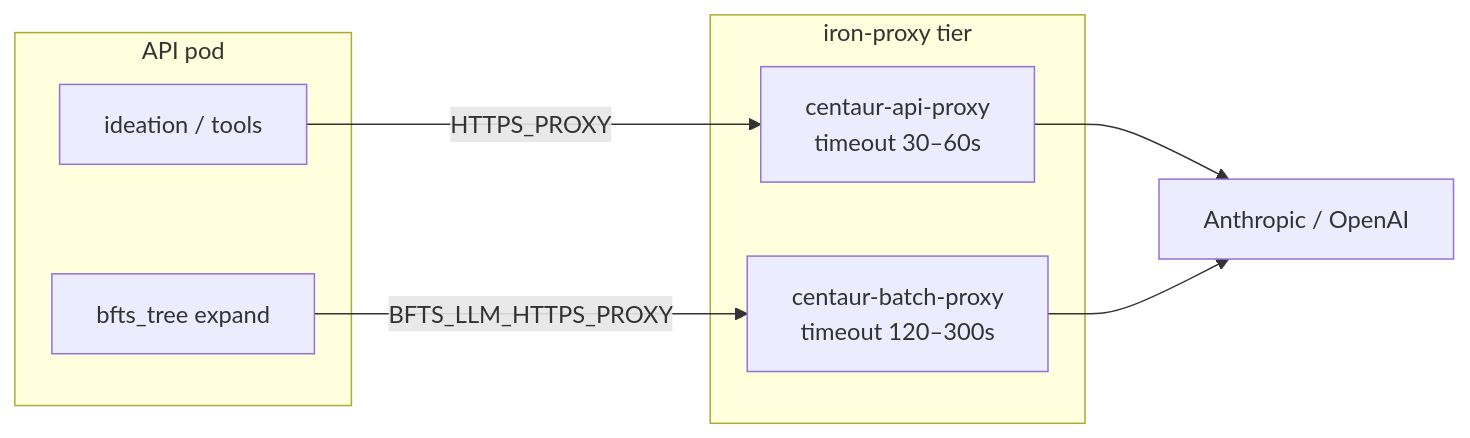
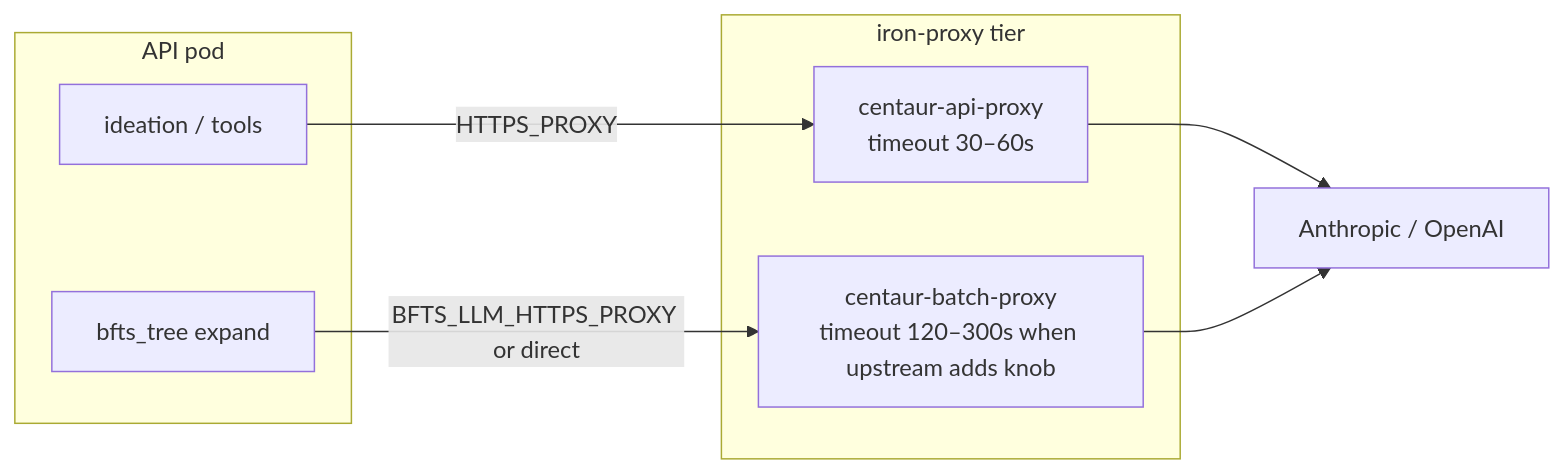
Before and after one commit to Mperhats/centaur-lab: the diagram in docs/bfts-batch-iron-proxy.md, drawn with Mermaid. The commit also changed other lines of this file and 9 other files, not shown here.

First line of the commit message:
Add BFTS direct LLM egress and live Slack tree progress.

````diff
--- a/docs/bfts-batch-iron-proxy.md
+++ b/docs/bfts-batch-iron-proxy.md
@@ -69,19 +115,19 @@
 ```mermaid
 flowchart LR
   subgraph api [API pod]
     TREE[bfts_tree expand]
     IDE[ideation / tools]
   end
 
   subgraph proxy [iron-proxy tier]
     P1[centaur-api-proxy<br/>timeout 30–60s]
-    P2[centaur-batch-proxy<br/>timeout 120–300s]
+    P2[centaur-batch-proxy<br/>timeout 120–300s when upstream adds knob]
   end
 
   ANTH[Anthropic / OpenAI]
 
   IDE -->|HTTPS_PROXY| P1
-  TREE -->|BFTS_LLM_HTTPS_PROXY| P2
+  TREE -->|BFTS_LLM_HTTPS_PROXY or direct| P2
   P1 --> ANTH
   P2 --> ANTH
 ```
````
